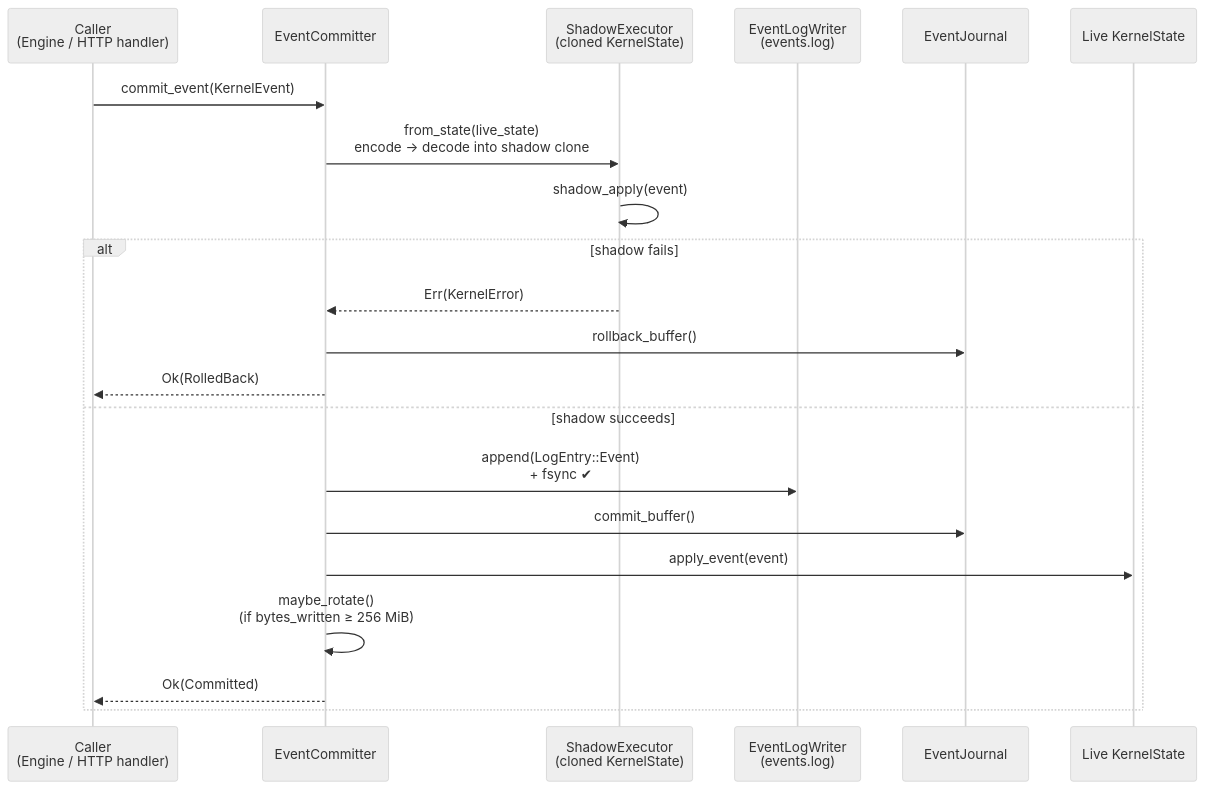
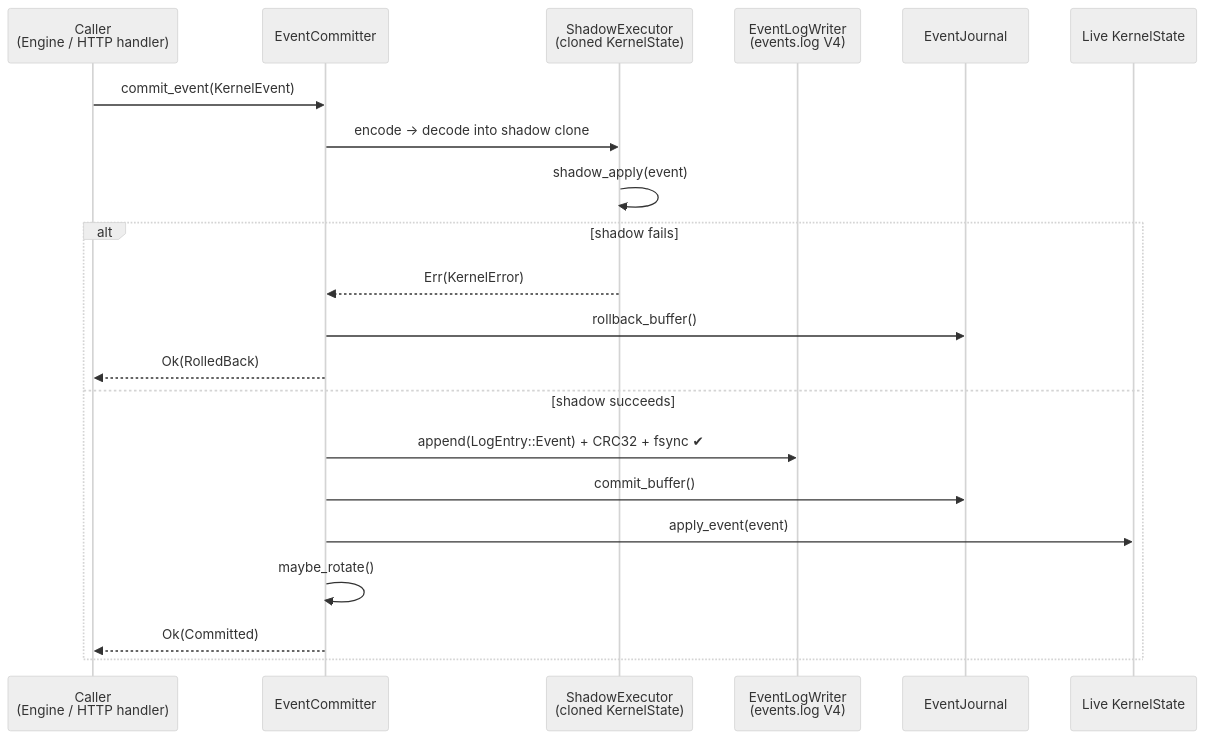
Before and after one commit to varshith-Git/Valori-Kernel: the fourth of 7 diagrams in architecture.md, drawn with Mermaid (neutral theme). The commit also changed other lines of this file and 29 other files, not shown here.

````diff
--- a/architecture.md
+++ b/architecture.md
@@ -615,26 +800,25 @@
 ```mermaid
 sequenceDiagram
     participant C  as Caller<br/>(Engine / HTTP handler)
     participant EC as EventCommitter
     participant SH as ShadowExecutor<br/>(cloned KernelState)
-    participant EL as EventLogWriter<br/>(events.log)
+    participant EL as EventLogWriter<br/>(events.log V4)
     participant EJ as EventJournal
     participant KS as Live KernelState
 
     C->>EC: commit_event(KernelEvent)
-
-    EC->>SH: from_state(live_state)<br/>encode → decode into shadow clone
+    EC->>SH: encode → decode into shadow clone
     SH->>SH: shadow_apply(event)
 
     alt shadow fails
         SH-->>EC: Err(KernelError)
         EC->>EJ: rollback_buffer()
         EC-->>C: Ok(RolledBack)
     else shadow succeeds
-        EC->>EL: append(LogEntry::Event)<br/>+ fsync ✔
+        EC->>EL: append(LogEntry::Event) + CRC32 + fsync ✔
         EC->>EJ: commit_buffer()
         EC->>KS: apply_event(event)
-        EC->>EC: maybe_rotate()<br/>(if bytes_written ≥ 256 MiB)
+        EC->>EC: maybe_rotate()
         EC-->>C: Ok(Committed)
     end
 ```
````
